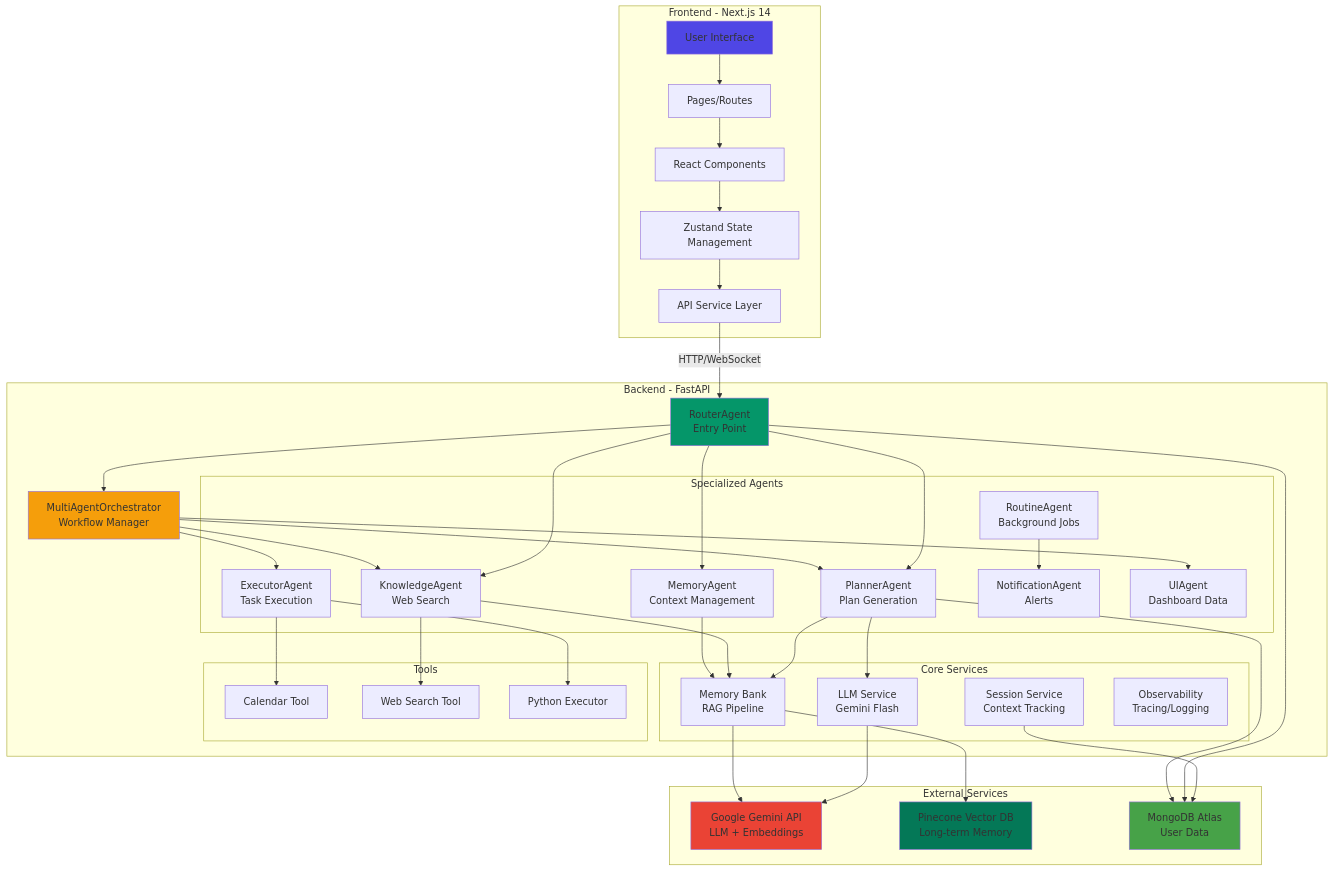
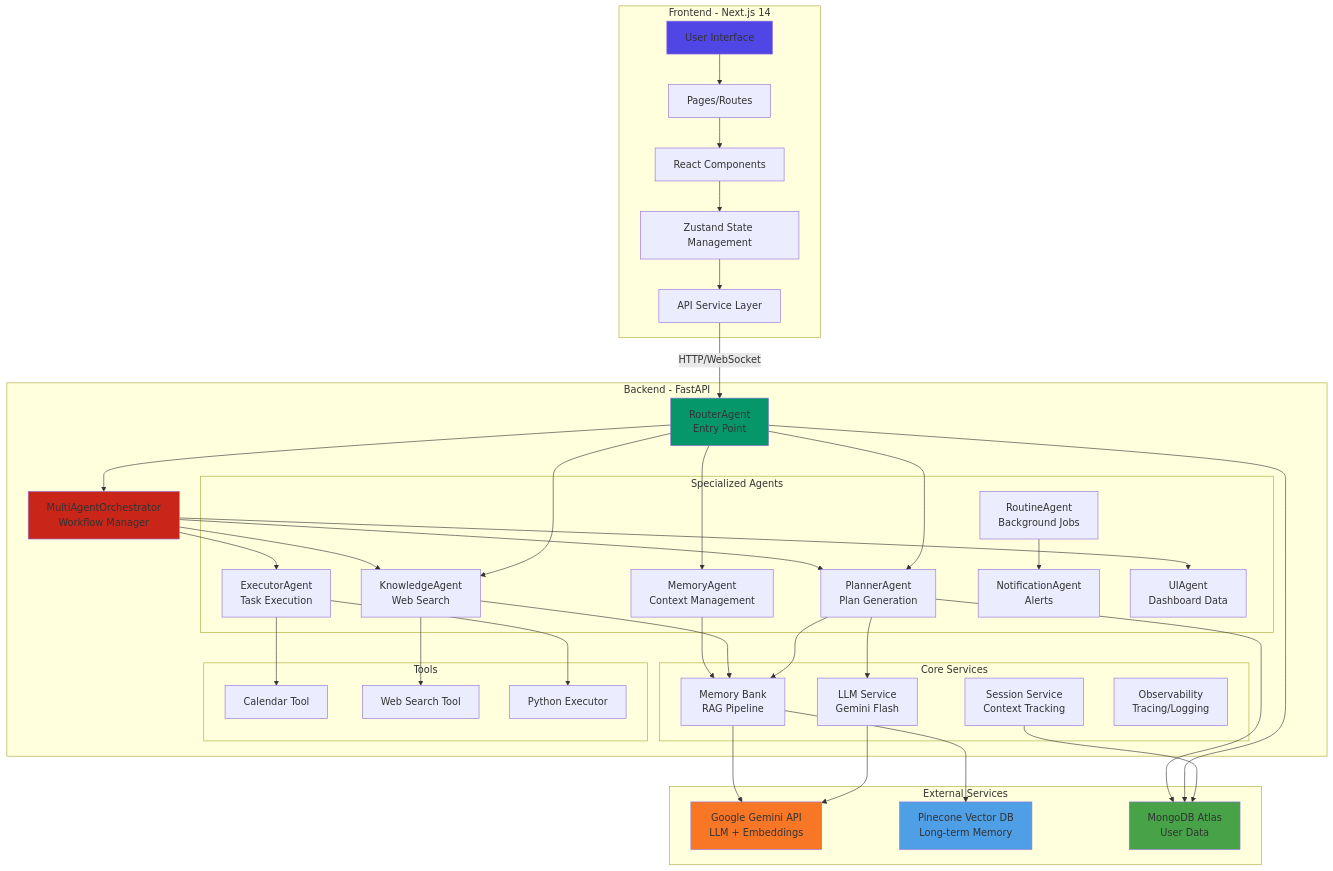
Before and after one commit to JayChauhan3/lifepilot: the first of 2 diagrams in README.md, drawn with Mermaid.

````diff
--- a/README.md
+++ b/README.md
@@ -124,8 +124,8 @@
     
     style UI fill:#4F46E5
     style Router fill:#059669
-    style Orchestrator fill:#F59E0B
-    style Gemini fill:#EA4335
-    style Pinecone fill:#047857
+    style Orchestrator fill:#C92519
+    style Gemini fill:#F87726
+    style Pinecone fill:#4E9FE5
     style MongoDB fill:#47A248
 ```
````
